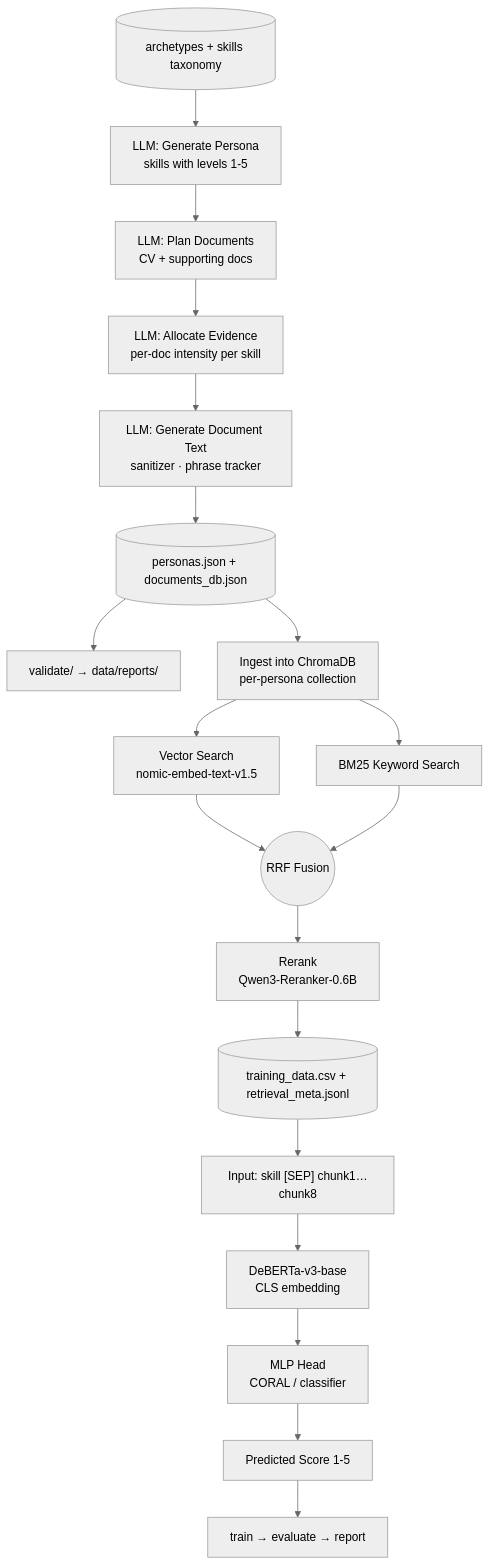
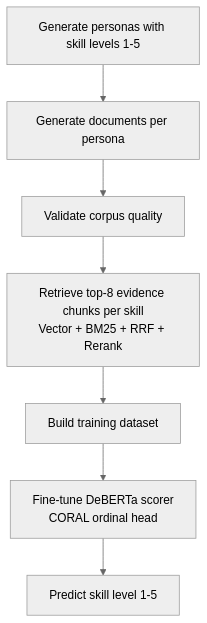
One commit to OfirOhan/skill-scoring-nlp-model changed the diagram in README.md. Above: the diagram before and after it, drawn with Mermaid (neutral theme).

````diff
--- a/README.md
+++ b/README.md
@@ -46,23 +46,11 @@
 ```mermaid
 graph TD
-    A[(archetypes + skills taxonomy)] --> B[LLM: Generate Persona\nskills with levels 1-5]
-    B --> C[LLM: Plan Documents\nCV + supporting docs]
-    C --> D[LLM: Allocate Evidence\nper-doc intensity per skill]
-    D --> E[LLM: Generate Document Text\nsanitizer · phrase tracker]
-    E --> F[(personas.json + documents_db.json)]
-    F --> G[validate/ → data/reports/]
+    A[Generate personas with skill levels 1-5] --> B[Generate documents per persona]
+    B --> C[Validate corpus quality]
 
-    F --> H[Ingest into ChromaDB\nper-persona collection]
-    H --> I[Vector Search\nnomic-embed-text-v1.5]
-    H --> J[BM25 Keyword Search]
-    I --> K((RRF Fusion))
-    J --> K
-    K --> L[Rerank\nQwen3-Reranker-0.6B]
-    L --> M[(training_data.csv + retrieval_meta.jsonl)]
+    C --> D[Retrieve top-8 evidence chunks per skill\nVector + BM25 + RRF + Rerank]
+    D --> E[Build training dataset]
 
-    M --> N["Input: skill [SEP] chunk1…chunk8"]
-    N --> O[DeBERTa-v3-base\nCLS embedding]
-    O --> P[MLP Head\nCORAL / classifier]
-    P --> Q[Predicted Score 1-5]
-    Q --> R[train → evaluate → report]
+    E --> F[Fine-tune DeBERTa scorer\nCORAL ordinal head]
+    F --> G[Predict skill level 1-5]
 ```
````
